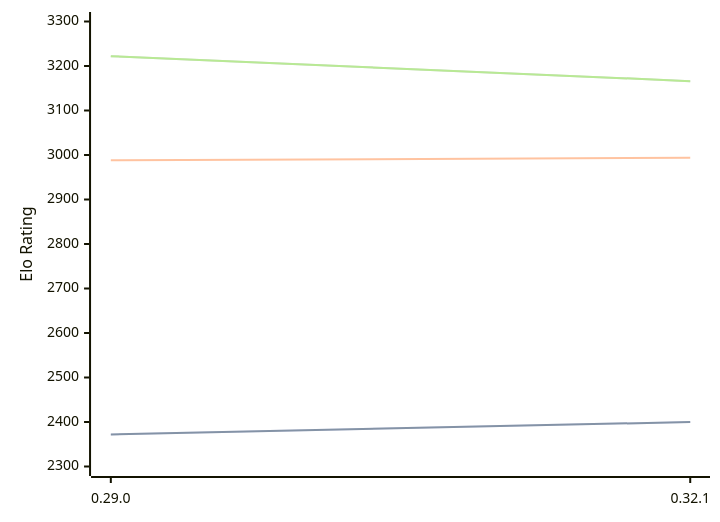
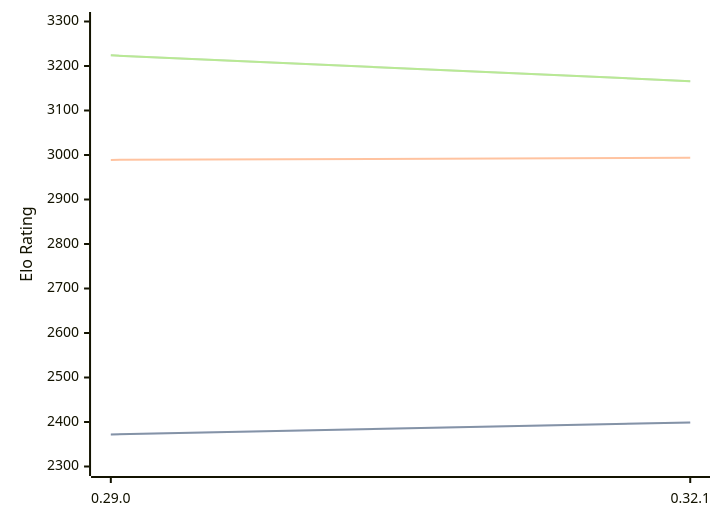
One commit to computer-chess-index/cci changed the diagram in engines/Lc0.md. Above: the diagram before and after it, drawn with Mermaid. The commit also changed other lines of this file, not shown here.

Commit message:
Update CCI Ratings (ELO VLTC) - 2026-08-19

````diff
--- a/engines/Lc0.md
+++ b/engines/Lc0.md
@@ -32,11 +32,11 @@
 ```mermaid
 %%{init: {"theme":"base","themeVariables":{"seriesColors:['#a3a3a3','#222221','#faa371']}}}%%
 xychart-beta
   x-axis ["0.29.0", "0.32.1"]
   y-axis "Elo Rating" 2300 --> 3300
-  line "STC (8.0+0.08s)" [2372, 2400]
-  line "STC (8.0+0.08s)" [2372, 2400]
-  line "LTC (60.0+0.60s)" [2988, 2994]
-  line "VLTC (2m24s+1.12s)" [3222, 3166]
-  line "VLTC (2m24s+1.12s)" [3222, 3166]
+  line "STC (8.0+0.08s)" [2372, 2399]
+  line "STC (8.0+0.08s)" [2372, 2399]
+  line "LTC (60.0+0.60s)" [2989, 2994]
+  line "VLTC (2m24s+1.12s)" [3224, 3166]
+  line "VLTC (2m24s+1.12s)" [3224, 3166]
 ```
````
